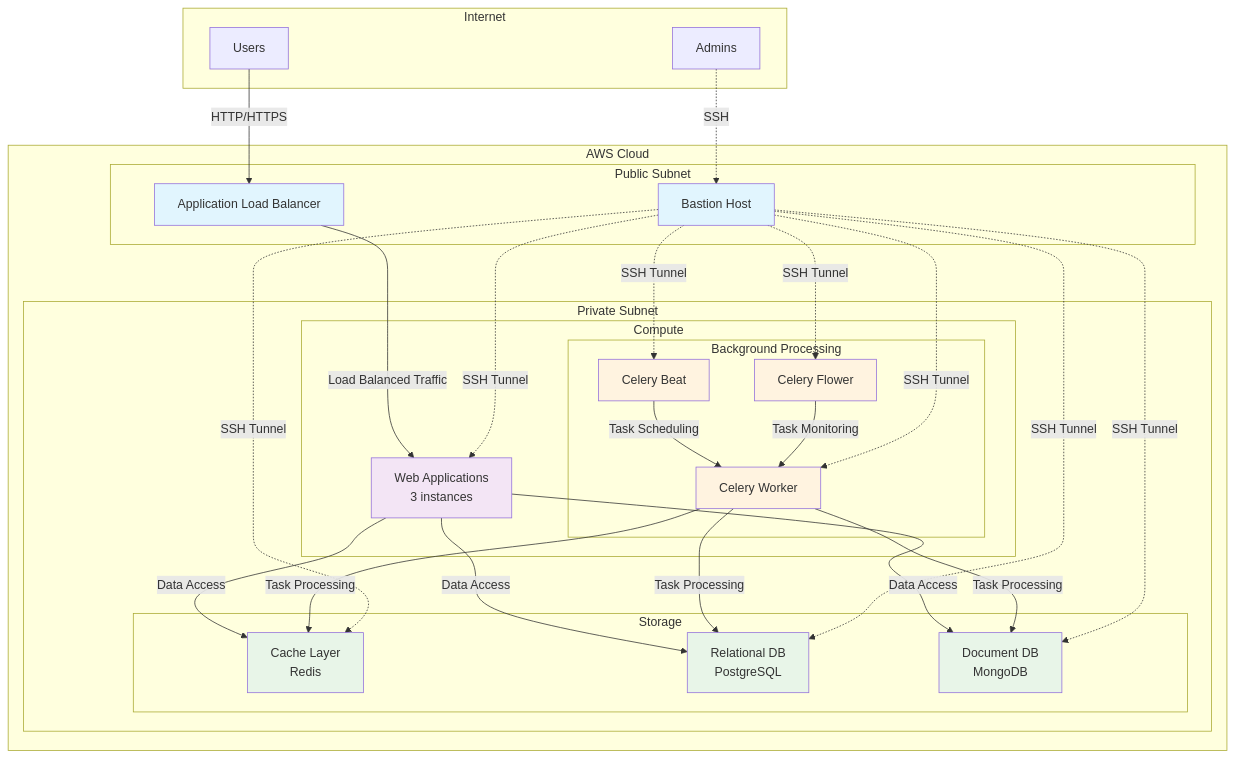
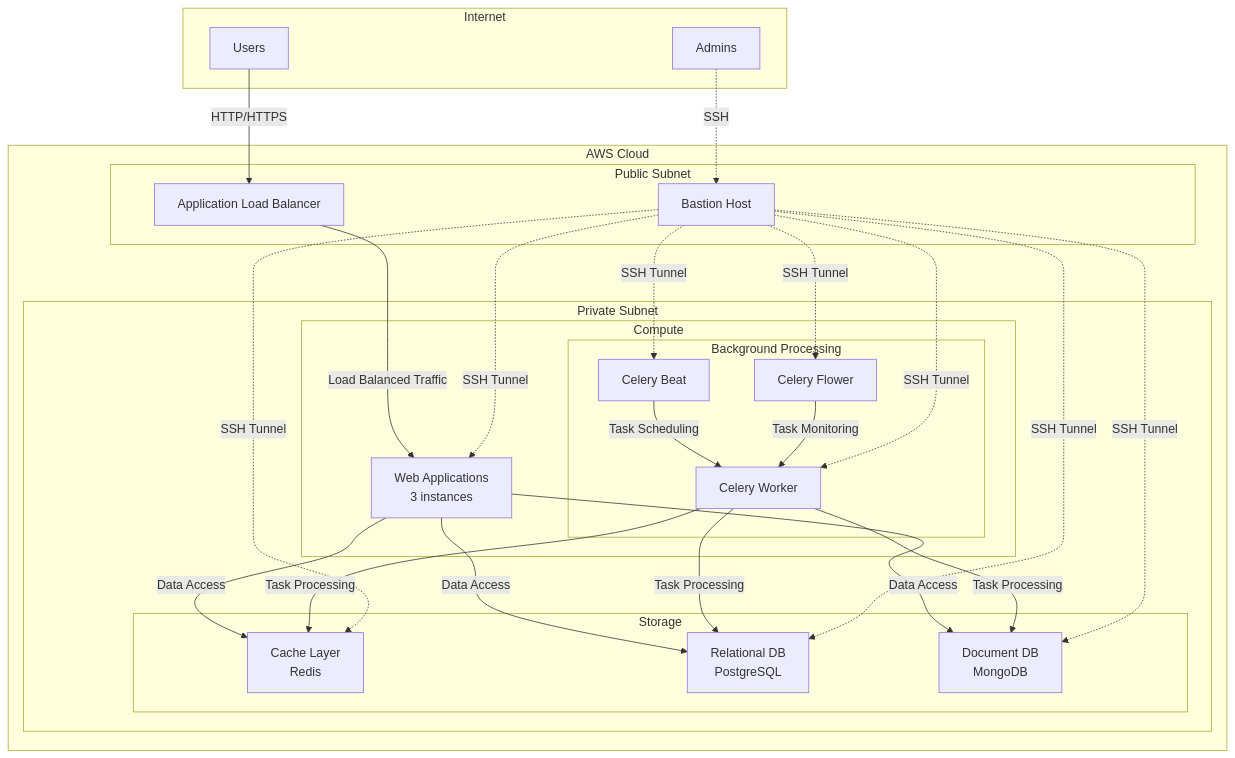
One commit to kaziiriad/url-shortener-scalable changed the second of 2 diagrams in README.md. Above: the diagram before and after it, drawn with Mermaid. The commit also changed 8 other files, not shown here.

````diff
--- a/README.md
+++ b/README.md
@@ -82,68 +82,63 @@
 ```mermaid
 graph TD
     subgraph "Internet"
         L[Users]
         M[Admins]
     end
 
     subgraph "AWS Cloud"
         subgraph "Public Subnet"
             A[Application Load Balancer]
             B[Bastion Host]
         end
 
         subgraph "Private Subnet"
             subgraph "Compute"
                 C[Web Applications<br/>3 instances]
                 subgraph "Background Processing"
                     K[Celery Flower]
                     I[Celery Worker]
                     J[Celery Beat]
                 end
             end
             
             subgraph "Storage"
                 D[Cache Layer<br/>Redis]
                 E[Relational DB<br/>PostgreSQL]  
                 F[Document DB<br/>MongoDB]
             end
         end
     end
 
     %% User Traffic Flow
     L -->|HTTP/HTTPS| A
     A -->|Load Balanced Traffic| C
 
     %% Application Data Access
     C -->|Data Access| D
     C -->|Data Access| E
     C -->|Data Access| F
 
     %% Background Processing Flow
     J -->|Task Scheduling| I
     K -->|Task Monitoring| I
     I -->|Task Processing| D
     I -->|Task Processing| E
     I -->|Task Processing| F
 
     %% Admin Access (SSH Tunnels)
     M -.->|SSH| B
     B -.->|SSH Tunnel| C
     B -.->|SSH Tunnel| D
     B -.->|SSH Tunnel| E
     B -.->|SSH Tunnel| F
     B -.->|SSH Tunnel| I
     B -.->|SSH Tunnel| J
     B -.->|SSH Tunnel| K
     
-    %% Styling for clarity
-    classDef publicTier fill:#e1f5fe
-    classDef appTier fill:#f3e5f5
-    classDef processTier fill:#fff3e0
-    classDef dataTier fill:#e8f5e8
     
     class A,B publicTier
     class C appTier
     class J,I,K processTier
     class D,E,F dataTier
 ```
````
